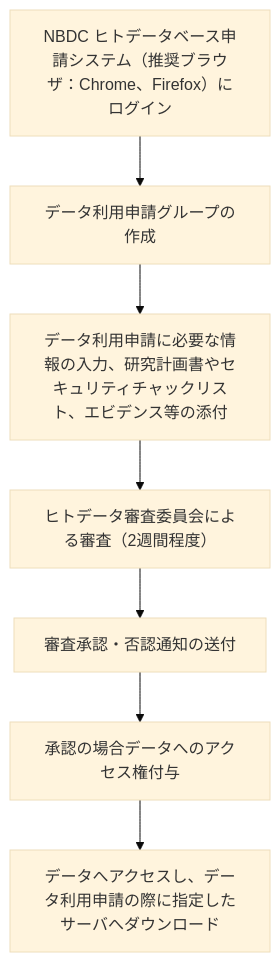
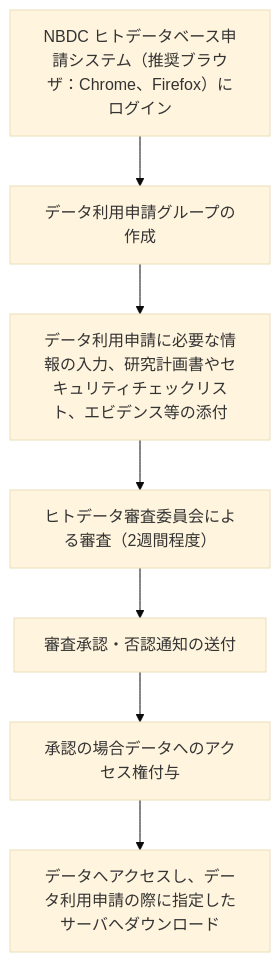
One commit to ddbj/db-portal changed the second of 2 diagrams in page-contents/jga/index.md. Above: the diagram before and after it, drawn with Mermaid (base theme). The commit also changed other lines of this file and 6 other files, not shown here.

````diff
--- a/page-contents/jga/index.md
+++ b/page-contents/jga/index.md
@@ -111,11 +111,11 @@
 ```mermaid
 flowchart TD
-  S1[NBDC ヒトデータベース申請システム（推奨ブラウザ：Chrome、Firefox）にログイン] 
+  S1[NBDC ヒトデータベース申請システム（推奨ブラウザ：Chrome、Firefox）にログイン]
   S2[データ利用申請グループの作成]
-  S3[データ利用申請に必要な情報の入力、研究計画書やセキュリティチャックリスト、エビデンス等の添付]
+  S3[データ利用申請に必要な情報の入力、研究計画書やセキュリティチェックリスト、エビデンス等の添付]
   S4[ヒトデータ審査委員会による審査（2週間程度）]
   S5[審査承認・否認通知の送付]
   S6[承認の場合データへのアクセス権付与]
   S7[データへアクセスし、データ利用申請の際に指定したサーバへダウンロード]
   S1 --> S2 --> S3 --> S4 --> S5 --> S6 --> S7
 ```
````
